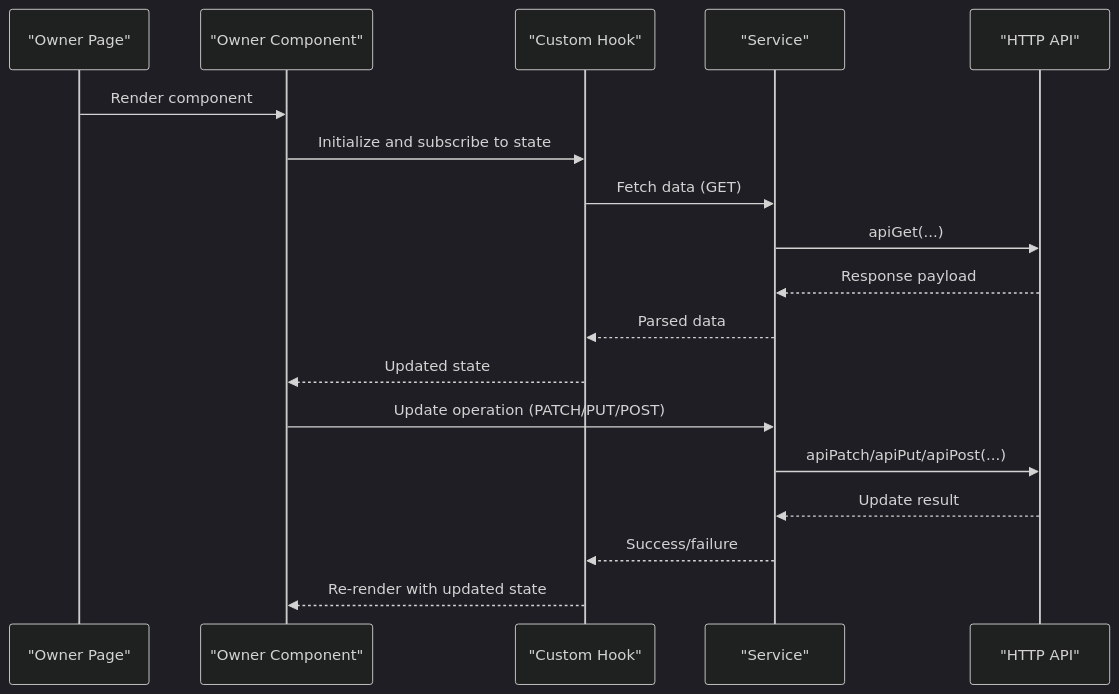
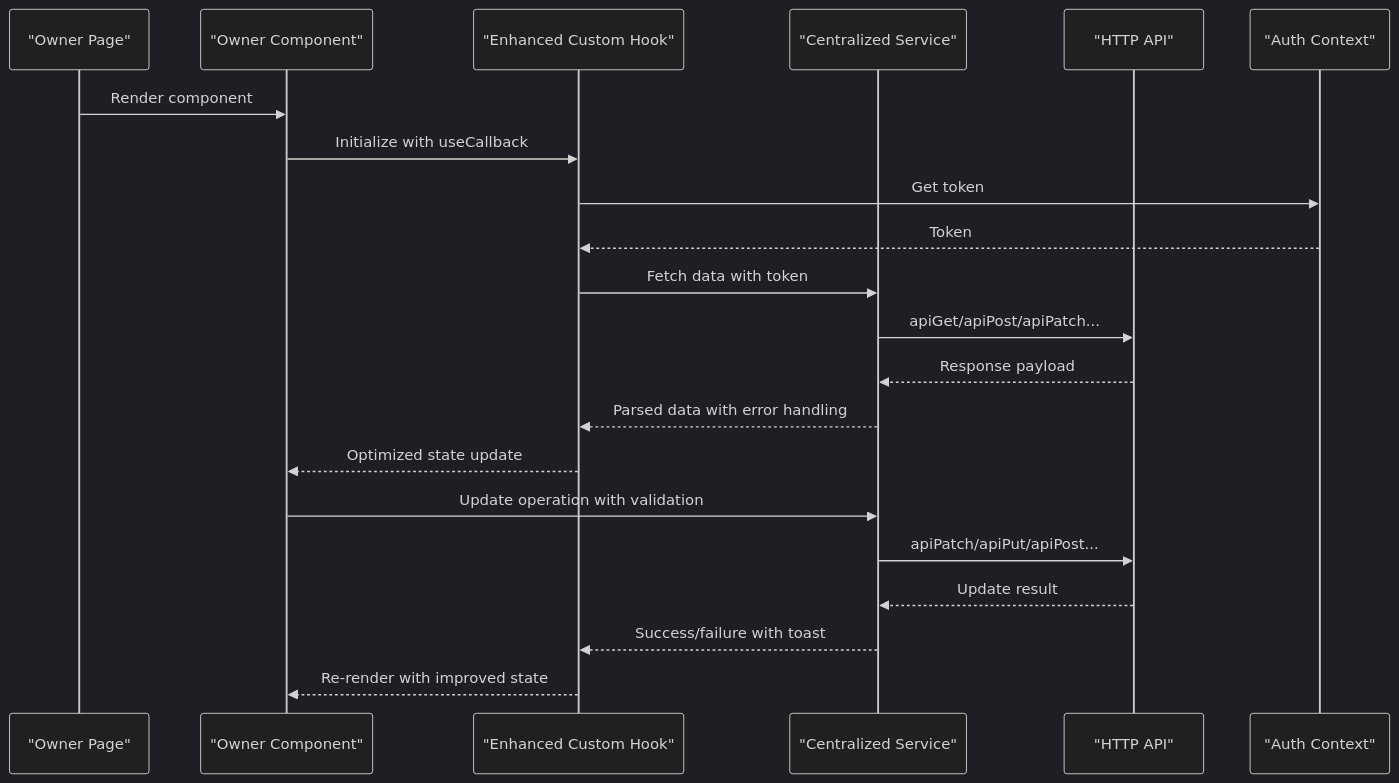
The second of 9 diagrams in .qoder/repowiki/en/content/Feature Components & UI/Owner Dashboard UI.md (nguyencongtrung2001/Do-An), drawn with Mermaid (dark theme) before and after one commit. The commit also changed other lines of this file and 12 other files, not shown here.

````diff
--- a/.qoder/repowiki/en/content/Feature Components & UI/Owner Dashboard UI.md
+++ b/.qoder/repowiki/en/content/Feature Components & UI/Owner Dashboard UI.md
@@ -131,20 +147,23 @@
 ```mermaid
 sequenceDiagram
 participant Page as "Owner Page"
 participant Comp as "Owner Component"
-participant Hook as "Custom Hook"
-participant Service as "Service"
+participant Hook as "Enhanced Custom Hook"
+participant Service as "Centralized Service"
 participant API as "HTTP API"
+participant Auth as "Auth Context"
 Page->>Comp : Render component
-Comp->>Hook : Initialize and subscribe to state
-Hook->>Service : Fetch data (GET)
-Service->>API : apiGet(...)
+Comp->>Hook : Initialize with useCallback
+Hook->>Auth : Get token
+Auth-->>Hook : Token
+Hook->>Service : Fetch data with token
+Service->>API : apiGet/apiPost/apiPatch...
 API-->>Service : Response payload
-Service-->>Hook : Parsed data
-Hook-->>Comp : Updated state
-Comp->>Service : Update operation (PATCH/PUT/POST)
-Service->>API : apiPatch/apiPut/apiPost(...)
+Service-->>Hook : Parsed data with error handling
+Hook-->>Comp : Optimized state update
+Comp->>Service : Update operation with validation
+Service->>API : apiPatch/apiPut/apiPost...
 API-->>Service : Update result
-Service-->>Hook : Success/failure
-Hook-->>Comp : Re-render with updated state
+Service-->>Hook : Success/failure with toast
+Hook-->>Comp : Re-render with improved state
 ```
````
